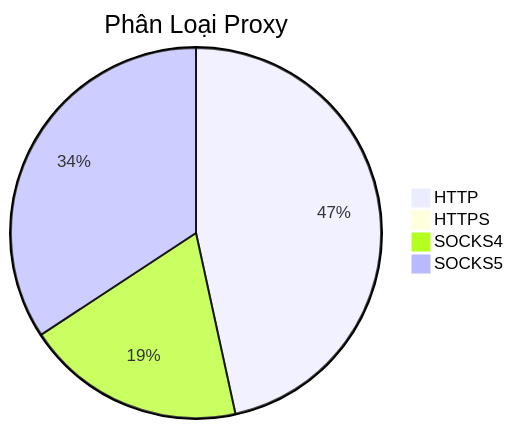
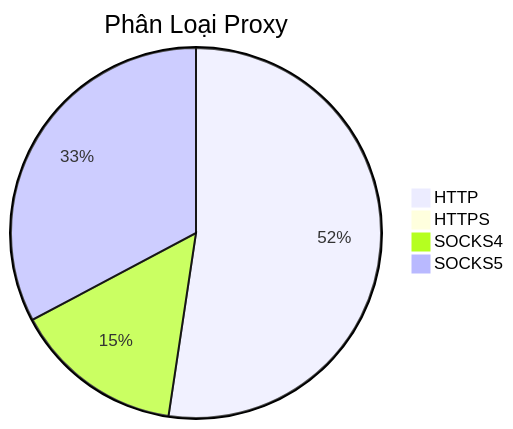
The diagram in README.md (Ciara-12/PROXY-free), drawn with Mermaid before and after one commit. The commit also changed other lines of this file and 3 other files, not shown here.

````diff
--- a/README.md
+++ b/README.md
@@ -26,7 +26,7 @@
 ```mermaid
 pie title Phân Loại Proxy
-    "HTTP" : 729
+    "HTTP" : 927
     "HTTPS" : 0
-    "SOCKS4" : 300
-    "SOCKS5" : 536
+    "SOCKS4" : 263
+    "SOCKS5" : 580
 ```
````
